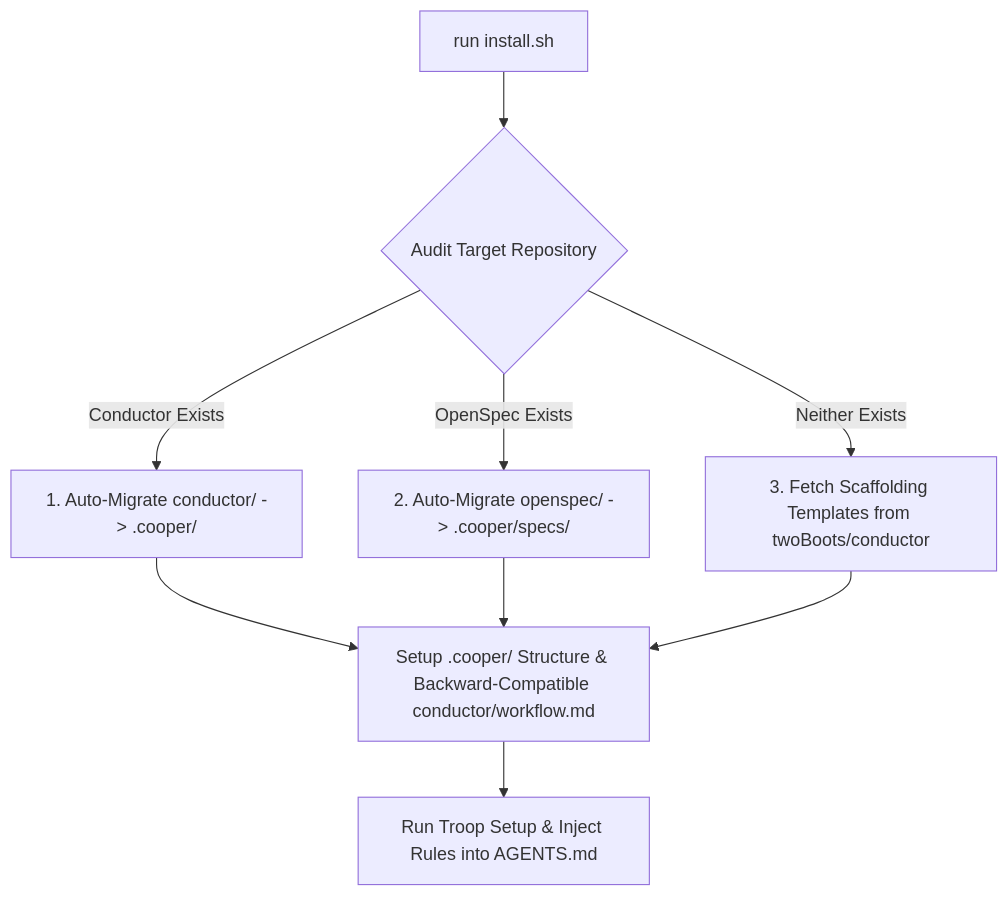
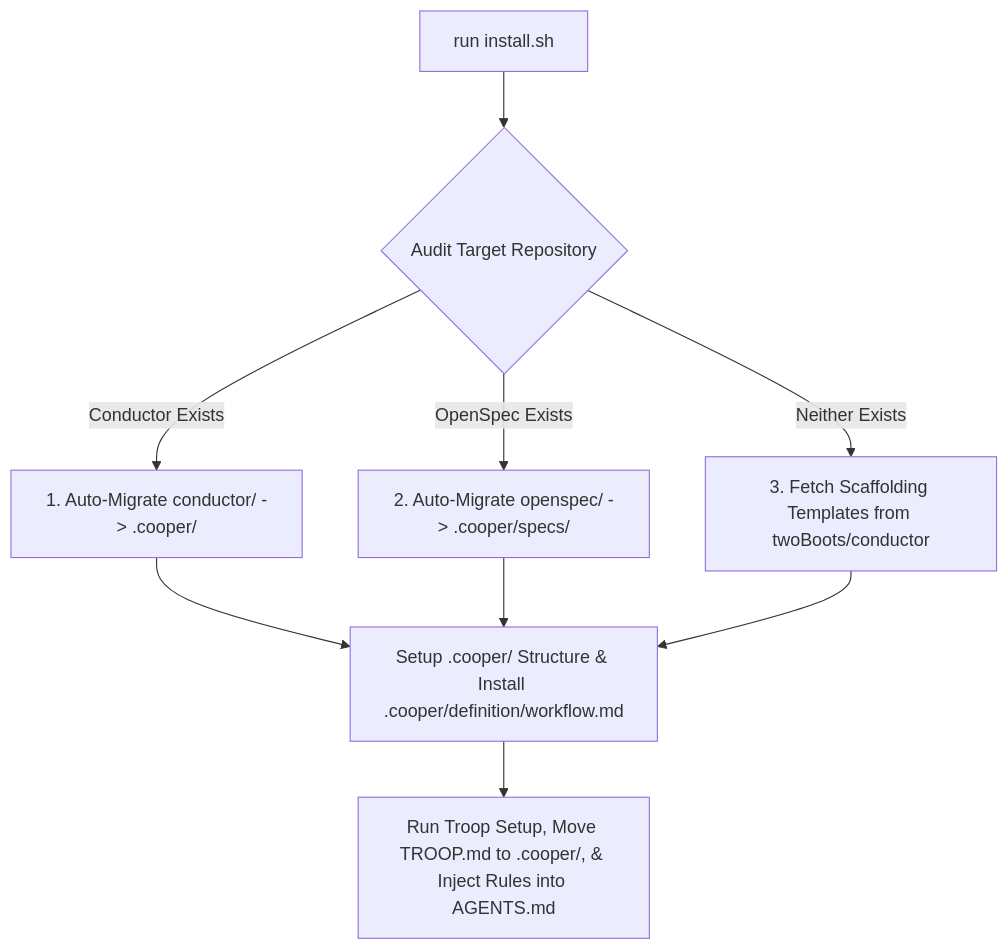
One commit to twoBoots/cooper changed the diagram in docs/INSTALL.md. Above: the diagram before and after it, drawn with Mermaid. The commit also changed other lines of this file and 11 other files, not shown here.

Commit message:
feat(installer): relocate TROOP.md to .cooper/ and align repository structure

````diff
--- a/docs/INSTALL.md
+++ b/docs/INSTALL.md
@@ -25,14 +25,14 @@
 ```mermaid
 flowchart TD
     A["run install.sh"] --> B{"Audit Target Repository"}
     
     B -->|Conductor Exists| C["1. Auto-Migrate conductor/ -> .cooper/"]
     B -->|OpenSpec Exists| D["2. Auto-Migrate openspec/ -> .cooper/specs/"]
     B -->|Neither Exists| E["3. Fetch Scaffolding Templates from twoBoots/conductor"]
     
-    C --> F["Setup .cooper/ Structure & Backward-Compatible conductor/workflow.md"]
+    C --> F["Setup .cooper/ Structure & Install .cooper/definition/workflow.md"]
     D --> F
     E --> F
     
-    F --> G["Run Troop Setup & Inject Rules into AGENTS.md"]
+    F --> G["Run Troop Setup, Move TROOP.md to .cooper/, & Inject Rules into AGENTS.md"]
 ```
````
